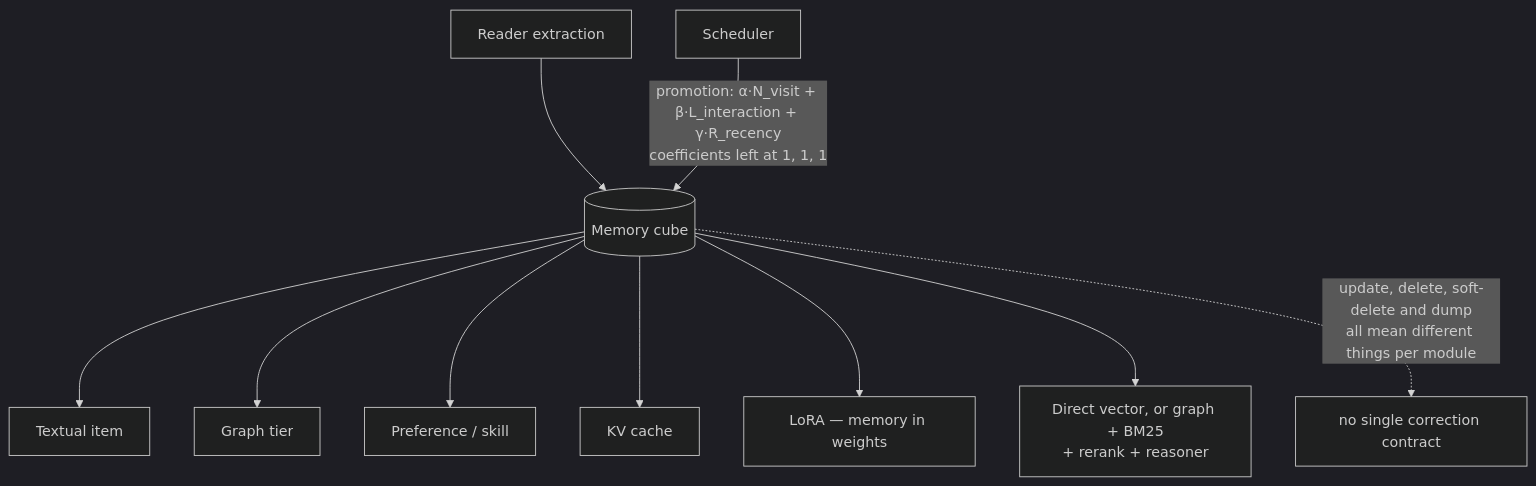
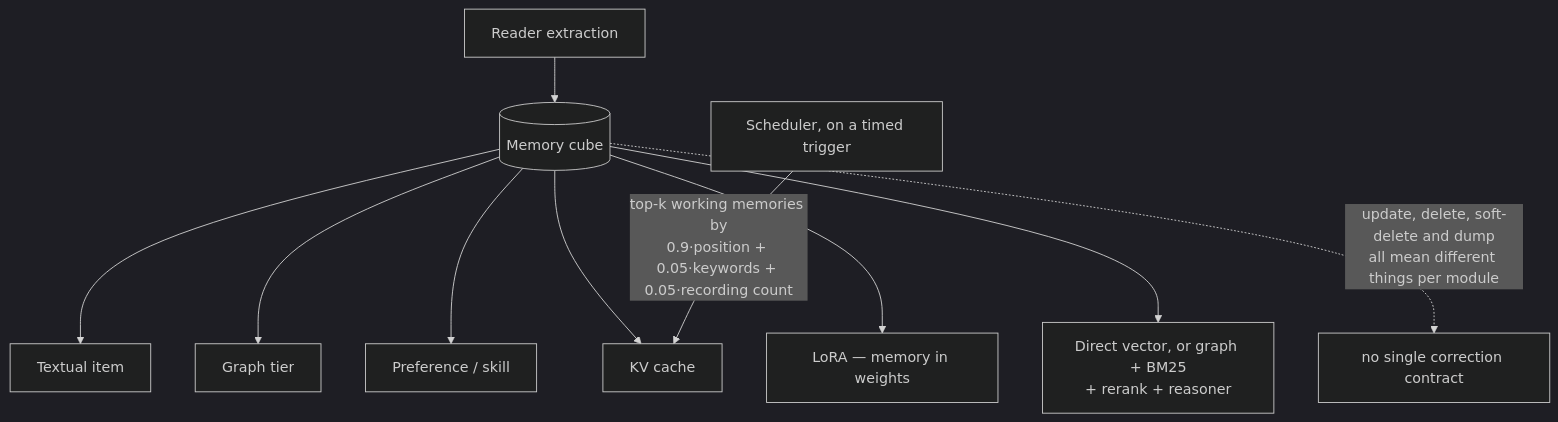
Before and after one commit to neoneye/agent-memory-atlas: the diagram in content/systems/memos.md, drawn with Mermaid (dark theme). The commit also changed other lines of this file and 99 other files, not shown here.

````diff
--- a/content/systems/memos.md
+++ b/content/systems/memos.md
@@ -60,13 +62,13 @@
 ```mermaid
-%% caption: five memory forms in one cube, including memory held in weights, with a promotion rule whose three coefficients are left at one and no single correction contract across the modules
+%% caption: five memory forms in one cube, including memory held in weights, with a timed scheduler that copies the top working memories by a weighted importance score into the KV cache, and no single correction contract across the modules
 flowchart TB
     In["Reader extraction"] --> Cube[("Memory cube")]
     Cube --> T1["Textual item"]
     Cube --> T2["Graph tier"]
     Cube --> T3["Preference / skill"]
     Cube --> T4["KV cache"]
     Cube --> T5["LoRA — memory in weights"]
-    Sch["Scheduler"] -->|"promotion: α·N_visit + β·L_interaction + γ·R_recency<br/>coefficients left at 1, 1, 1"| Cube
+    Sch["Scheduler, on a timed trigger"] -->|"top-k working memories by<br/>0.9·position + 0.05·keywords + 0.05·recording count"| T4
     Cube --> R["Direct vector, or graph + BM25<br/>+ rerank + reasoner"]
     Cube -.->|"update, delete, soft-delete and dump<br/>all mean different things per module"| Gap["no single correction contract"]
 ```
````
